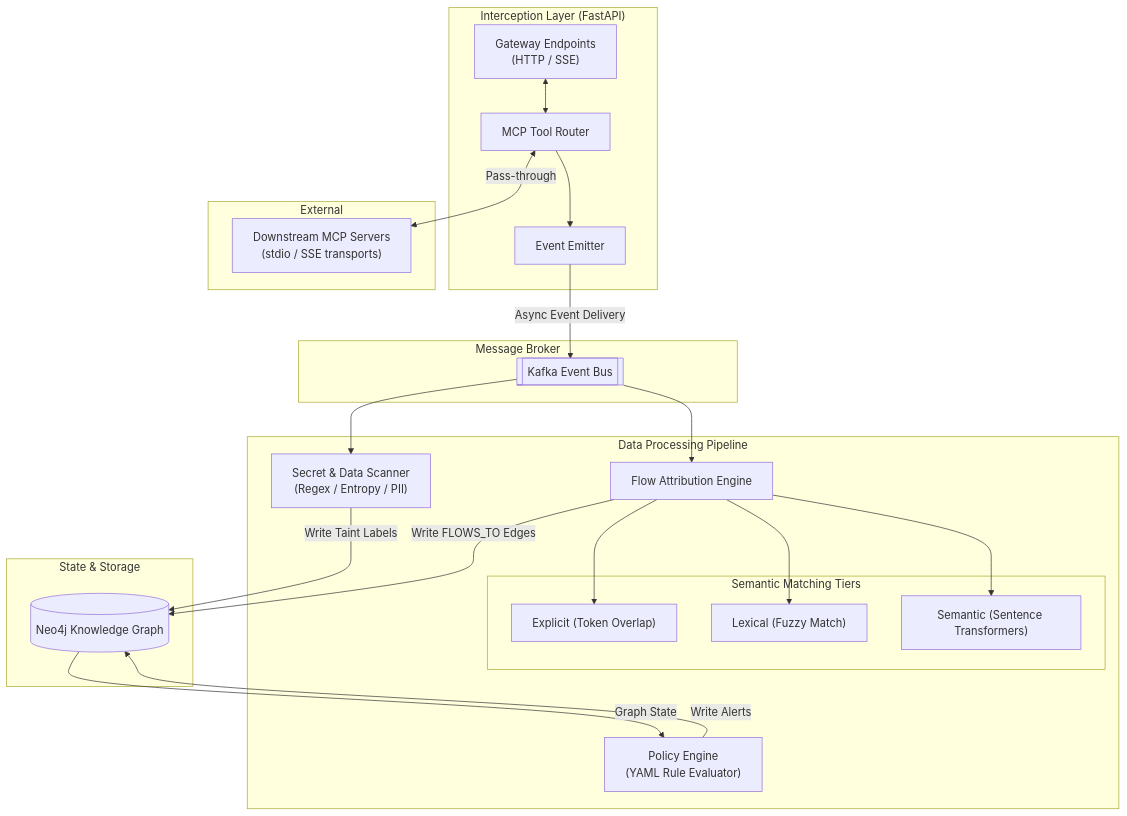
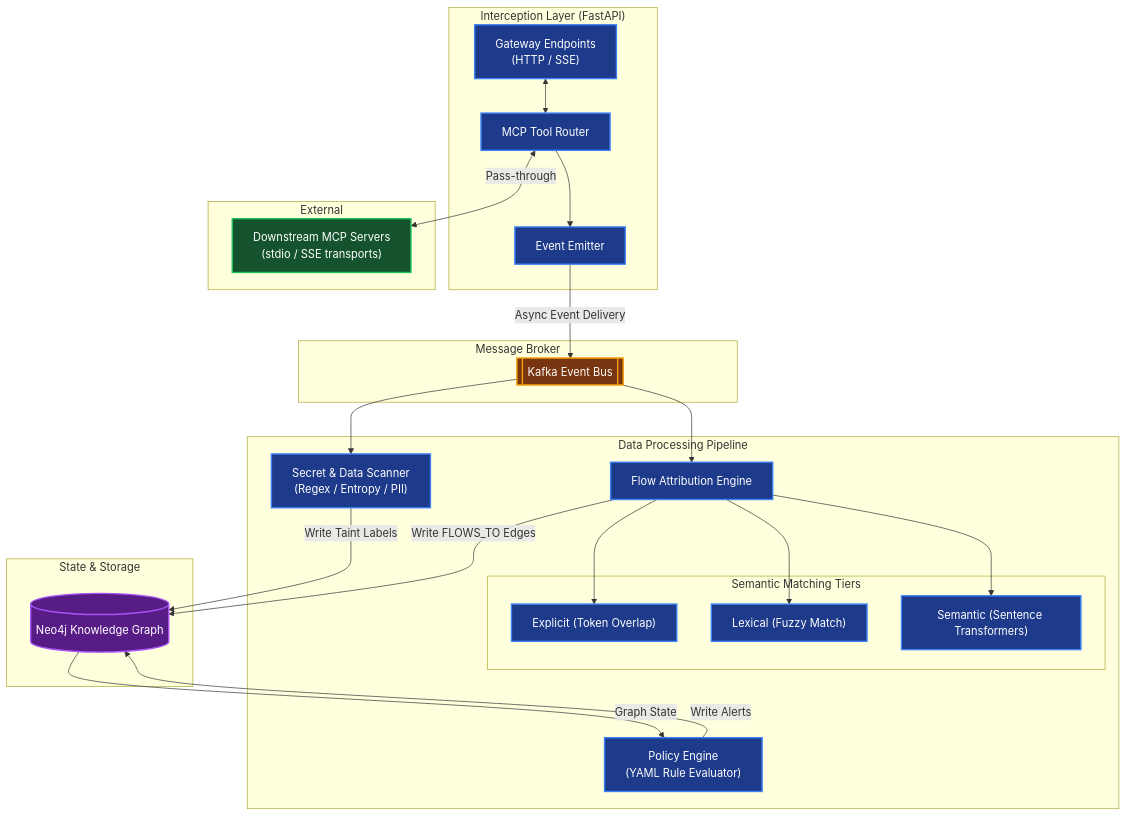
One commit to ArcXzost/mcp-taint-tracker changed the second of 2 diagrams in README.md. Above: the diagram before and after it, drawn with Mermaid. The commit also changed other lines of this file, not shown here.

Commit message:
chore: Add high-contrast styling to Mermaid diagrams for dark/light mode compatibility

````diff
--- a/README.md
+++ b/README.md
@@ -89,49 +93,54 @@
 ```mermaid
 graph TB
+    classDef core fill:#1e3a8a,stroke:#3b82f6,stroke-width:2px,color:#ffffff
+    classDef ext fill:#14532d,stroke:#22c55e,stroke-width:2px,color:#ffffff
+    classDef db fill:#581c87,stroke:#a855f7,stroke-width:2px,color:#ffffff
+    classDef broker fill:#78350f,stroke:#f59e0b,stroke-width:2px,color:#ffffff
+
     subgraph Interception["Interception Layer (FastAPI)"]
-        HTTP["Gateway Endpoints<br/>(HTTP / SSE)"]
-        Proxy["MCP Tool Router"]
-        EventCap["Event Emitter"]
+        HTTP["Gateway Endpoints<br/>(HTTP / SSE)"]:::core
+        Proxy["MCP Tool Router"]:::core
+        EventCap["Event Emitter"]:::core
         
         HTTP <--> Proxy
         Proxy --> EventCap
     end
 
     subgraph Broker["Message Broker"]
-        Kafka[["Kafka Event Bus"]]
+        Kafka[["Kafka Event Bus"]]:::broker
     end
 
     subgraph Pipeline["Data Processing Pipeline"]
-        Scanner["Secret & Data Scanner<br/>(Regex / Entropy / PII)"]
-        Attribution["Flow Attribution Engine"]
+        Scanner["Secret & Data Scanner<br/>(Regex / Entropy / PII)"]:::core
+        Attribution["Flow Attribution Engine"]:::core
         
         subgraph DetectionTiers["Semantic Matching Tiers"]
-            T1["Explicit (Token Overlap)"]
-            T2["Lexical (Fuzzy Match)"]
-            T3["Semantic (Sentence Transformers)"]
+            T1["Explicit (Token Overlap)"]:::core
+            T2["Lexical (Fuzzy Match)"]:::core
+            T3["Semantic (Sentence Transformers)"]:::core
         end
         
-        PolicyEval["Policy Engine<br/>(YAML Rule Evaluator)"]
+        PolicyEval["Policy Engine<br/>(YAML Rule Evaluator)"]:::core
     end
 
     subgraph Storage["State & Storage"]
-        Neo4j[("Neo4j Knowledge Graph")]
+        Neo4j[("Neo4j Knowledge Graph")]:::db
     end
     
     subgraph Target["External"]
-        Backends["Downstream MCP Servers<br/>(stdio / SSE transports)"]
+        Backends["Downstream MCP Servers<br/>(stdio / SSE transports)"]:::ext
     end
 
     Proxy <-->|Pass-through| Backends
     EventCap -->|Async Event Delivery| Kafka
     
     Kafka --> Scanner
     Kafka --> Attribution
     Attribution --> T1 & T2 & T3
     
     Scanner -->|Write Taint Labels| Neo4j
     Attribution -->|Write FLOWS_TO Edges| Neo4j
     
     Neo4j -->|Graph State| PolicyEval
     PolicyEval -->|Write Alerts| Neo4j
 ```
````
